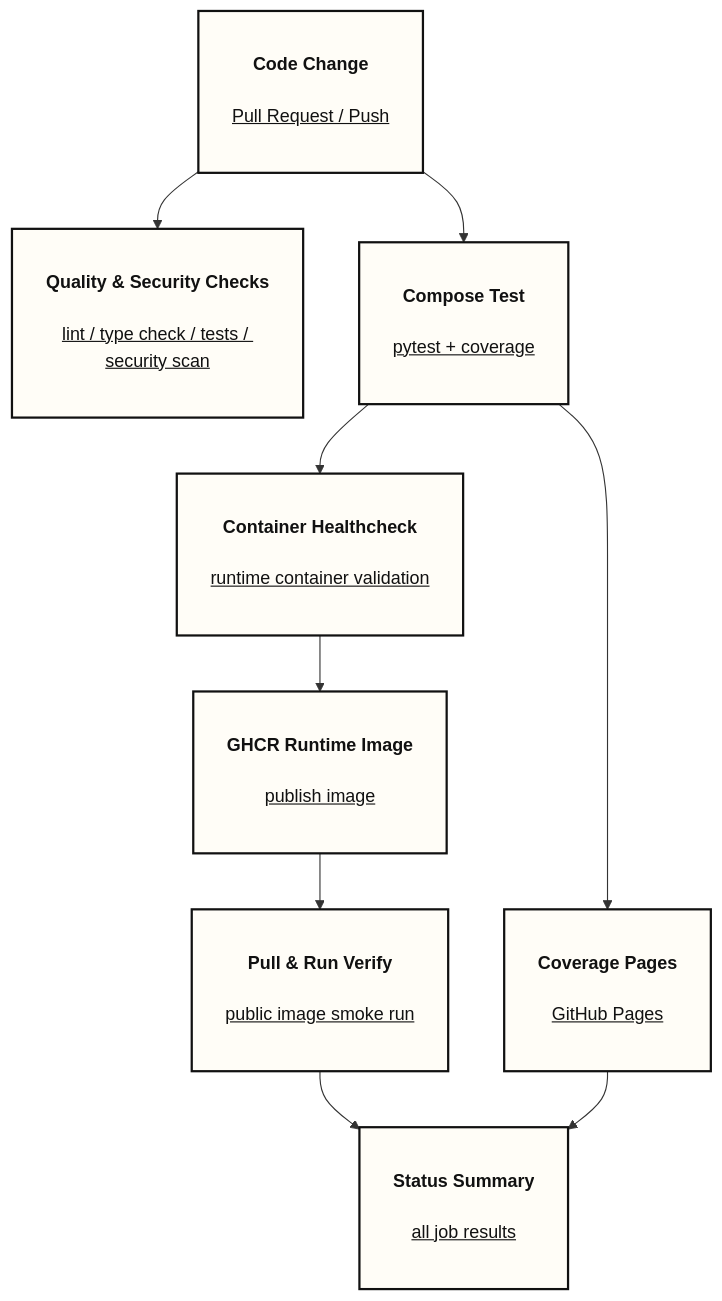
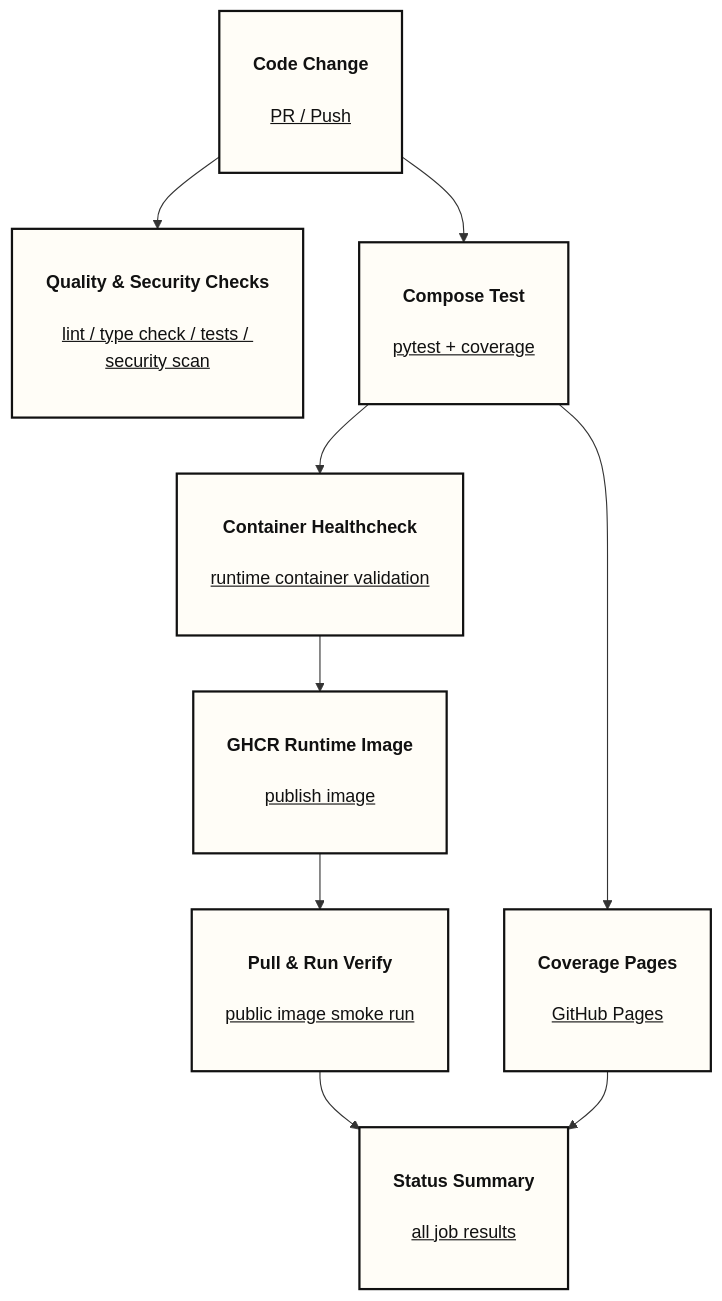
The second of 4 diagrams in README.md (yaoki-dev/api-test-devops-portfolio), drawn with Mermaid before and after one commit. The commit also changed 4 other files, not shown here.

````diff
--- a/README.md
+++ b/README.md
@@ -78,33 +78,33 @@
 ```mermaid
 flowchart TD
-    A["<h4>Code Change</h4><u>Pull Request / Push</u>
+    A["<h4>Code Change</h4><u>PR / Push</u>
     <br/>"]
 
     A --> B["<h4>Quality & Security Checks</h4><u>lint / type check / tests / security scan</u>
     <br/>"]
 
     A --> C["<h4>Compose Test</h4><u>pytest + coverage</u>
     <br/>"]
 
     C --> D["<h4>Coverage Pages</h4><u>GitHub Pages</u>
     <br/>"]
 
     C --> E["<h4>Container Healthcheck</h4><u>runtime container validation</u>
     <br/>"]
 
     E --> F["<h4>GHCR Runtime Image</h4><u>publish image</u>
     <br/>"]
 
     F --> G["<h4>Pull & Run Verify</h4><u>public image smoke run</u>
     <br/>"]
 
     G --> H["<h4>Status Summary</h4><u>all job results</u>
     <br/>"]
 
     D --> H
 
     classDef default fill:#F7F3EA,stroke:#111,stroke-width:1.5px,color:#111;
     classDef key fill:#FFFDF7,stroke:#111,stroke-width:2px,color:#111;
 
     class A,B,C,D,E,F,G,H key;
 ```
````
